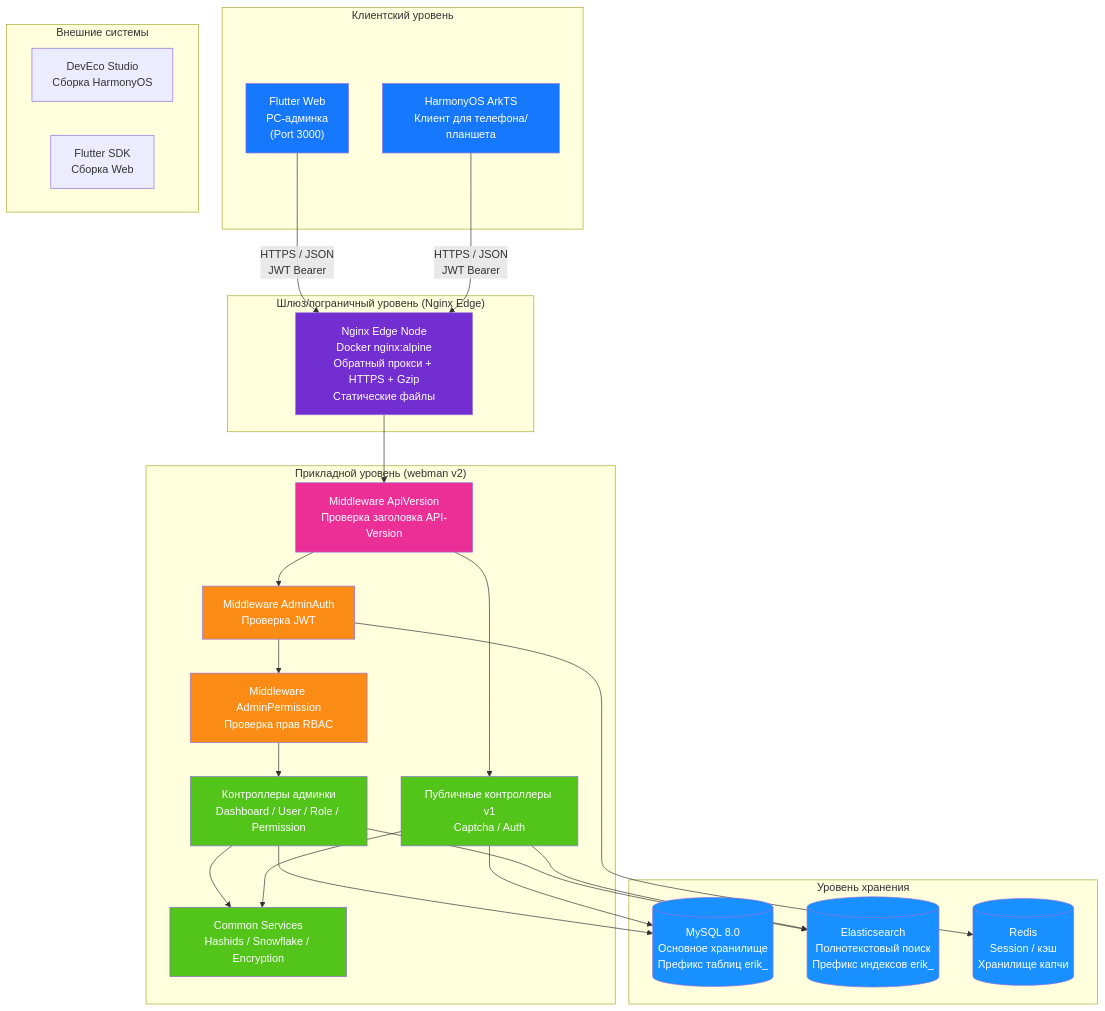
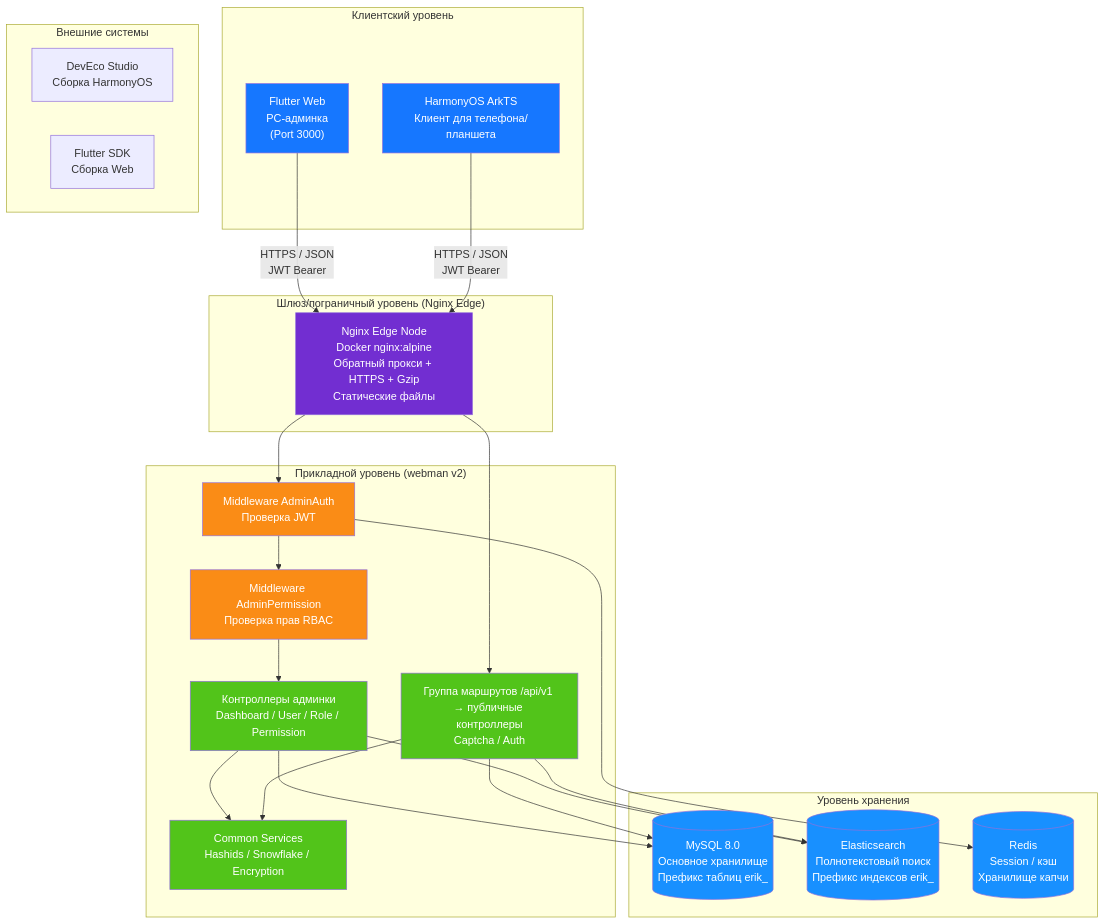
Before and after one commit to erikwang2013/open-admin: the first of 14 diagrams in docs/ARCHITECTURE.ru.md, drawn with Mermaid. The commit also changed other lines of this file and 115 other files, not shown here.

First line of the commit message:
功能：新增项目宠物「小安」、站点首页与手写 SVG 设计图集；全部文档对齐代码

````diff
--- a/docs/ARCHITECTURE.ru.md
+++ b/docs/ARCHITECTURE.ru.md
@@ -13,59 +15,56 @@
 ```mermaid
 flowchart TB
     subgraph "Клиентский уровень"
         A1["Flutter Web<br/>PC-админка<br/>(Port 3000)"]
         A2["HarmonyOS ArkTS<br/>Клиент для телефона/планшета"]
     end
 
     subgraph "Шлюз/пограничный уровень (Nginx Edge)"
         B1["Nginx Edge Node<br/>Docker nginx:alpine<br/>Обратный прокси + HTTPS + Gzip<br/>Статические файлы"]
     end
 
     subgraph "Прикладной уровень (webman v2)"
-        C0["Middleware ApiVersion<br/>Проверка заголовка API-Version"]
         C1["Middleware AdminAuth<br/>Проверка JWT"]
         C2["Middleware AdminPermission<br/>Проверка прав RBAC"]
         C3["Контроллеры админки<br/>Dashboard / User / Role / Permission"]
-        C4["Публичные контроллеры v1<br/>Captcha / Auth"]
+        C4["Группа маршрутов /api/v1 → публичные контроллеры<br/>Captcha / Auth"]
         C5["Common Services<br/>Hashids / Snowflake / Encryption"]
     end
 
     subgraph "Уровень хранения"
         D1[("MySQL 8.0<br/>Основное хранилище<br/>Префикс таблиц erik_")]
         D2[("Elasticsearch<br/>Полнотекстовый поиск<br/>Префикс индексов erik_")]
         D3[("Redis<br/>Session / кэш<br/>Хранилище капчи")]
     end
 
     subgraph "Внешние системы"
         E1["DevEco Studio<br/>Сборка HarmonyOS"]
         E2["Flutter SDK<br/>Сборка Web"]
     end
 
     A1 -->|"HTTPS / JSON<br/>JWT Bearer"| B1
     A2 -->|"HTTPS / JSON<br/>JWT Bearer"| B1
-    B1 --> C0
-    C0 --> C1
+    B1 --> C1
+    B1 --> C4
     C1 --> C2
     C2 --> C3
-    C0 --> C4
     C3 --> C5
     C4 --> C5
     C3 --> D1
     C4 --> D1
     C3 --> D2
     C4 --> D2
     C1 --> D3
 
     style A1 fill:#1677FF,color:#fff
     style A2 fill:#1677FF,color:#fff
     style B1 fill:#722ED1,color:#fff
-    style C0 fill:#EB2F96,color:#fff
     style C1 fill:#FA8C16,color:#fff
     style C2 fill:#FA8C16,color:#fff
     style C3 fill:#52C41A,color:#fff
     style C4 fill:#52C41A,color:#fff
     style C5 fill:#52C41A,color:#fff
     style D1 fill:#1890FF,color:#fff
     style D2 fill:#1890FF,color:#fff
     style D3 fill:#1890FF,color:#fff
 ```
````
